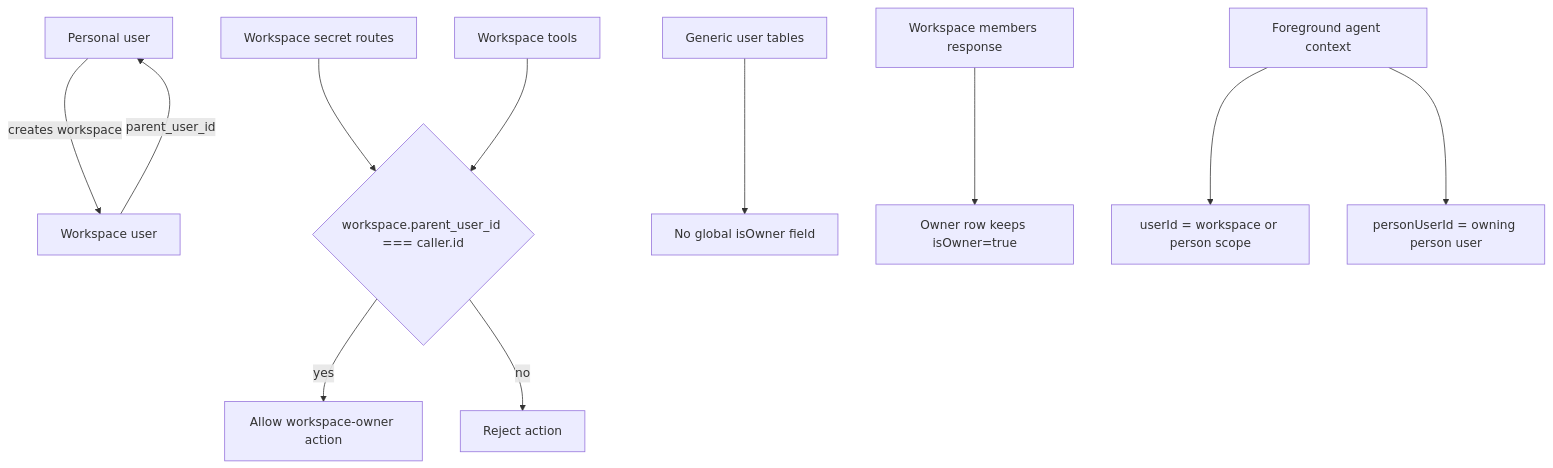
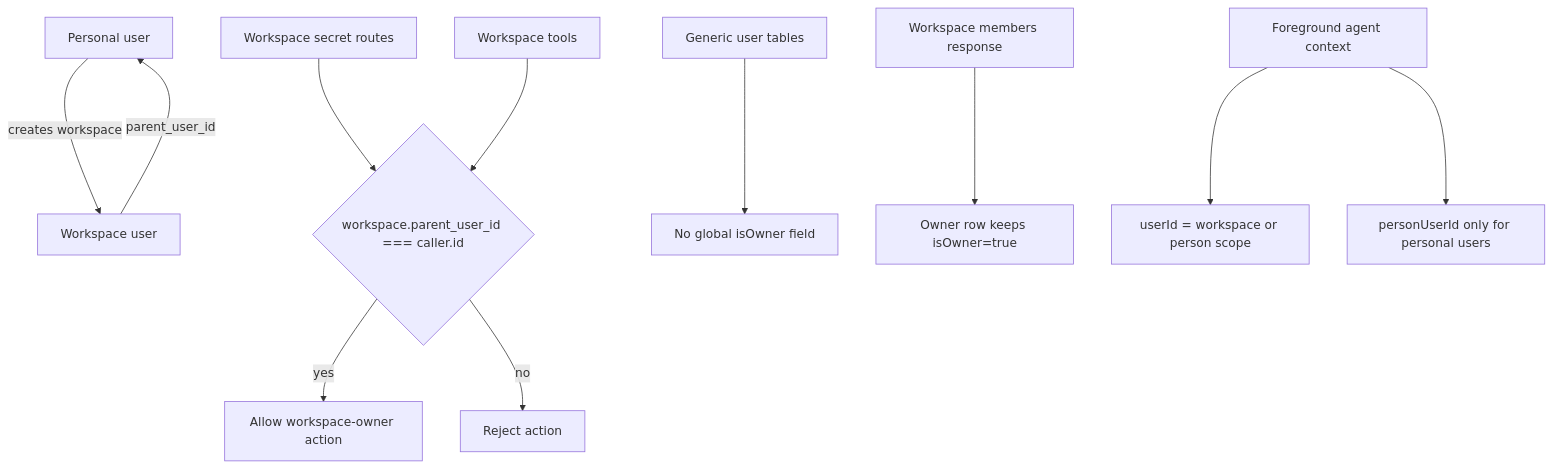
The diagram in doc/20260308-remove-global-user-owner.md (ex3ndr/daycare), drawn with Mermaid before and after one commit. The commit also changed other lines of this file and 4 other files, not shown here.

````diff
--- a/doc/20260308-remove-global-user-owner.md
+++ b/doc/20260308-remove-global-user-owner.md
@@ -18,13 +18,13 @@
 ```mermaid
 flowchart TD
     A[Personal user] -->|creates workspace| B[Workspace user]
     B -->|parent_user_id| A
     C[Workspace secret routes] --> D{workspace.parent_user_id === caller.id}
     E[Workspace tools] --> D
     D -->|yes| F[Allow workspace-owner action]
     D -->|no| G[Reject action]
     H[Generic user tables] --> I[No global isOwner field]
     J[Workspace members response] --> K[Owner row keeps isOwner=true]
     L[Foreground agent context] --> M[userId = workspace or person scope]
-    L --> N[personUserId = owning person user]
+    L --> N[personUserId only for personal users]
 ```
````
